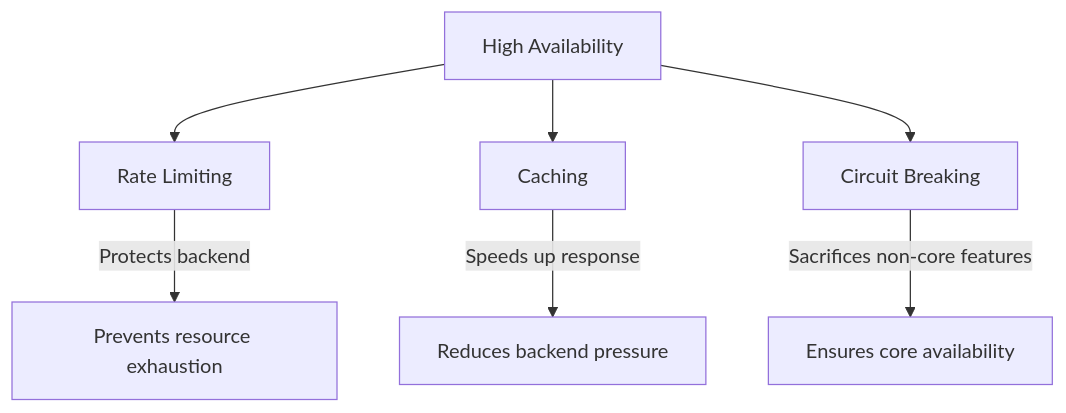
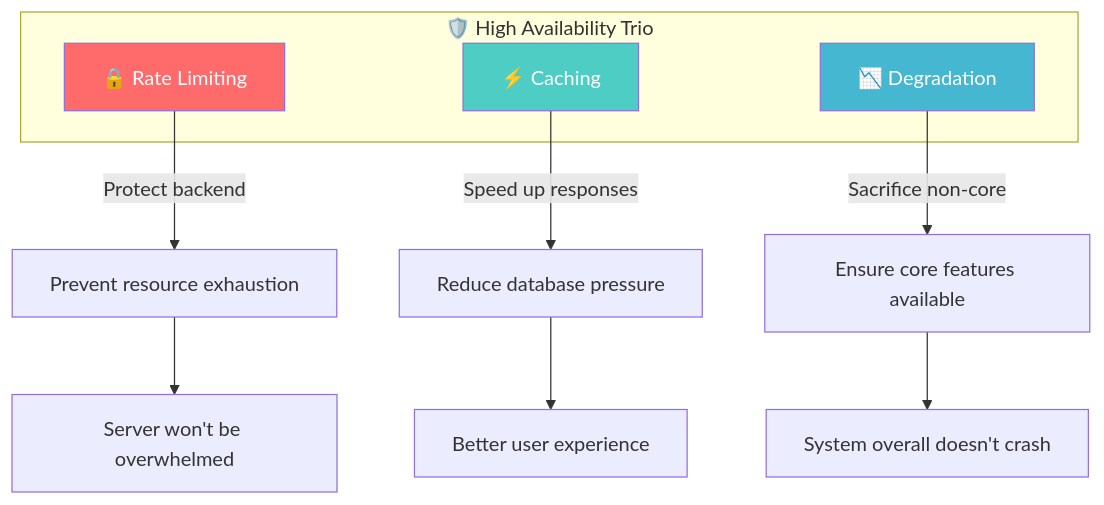
One commit to zhangshichuan/maxzhang.site changed diagram 14 of 14 in articles/en/nodejs-security-guide.mdx. Above: the diagram before and after it, drawn with Mermaid. The commit also changed other lines of this file and 1 other file, not shown here.

Commit message:
docs: nodejs-security-guide

````diff
--- a/articles/en/nodejs-security-guide.mdx
+++ b/articles/en/nodejs-security-guide.mdx
@@ -363,10 +1319,21 @@
 ```mermaid
 flowchart TD
-    A[High Availability] --> B[Rate Limiting]
-    A --> C[Caching]
-    A --> D[Circuit Breaking]
+    subgraph SecurityTrio["🛡️ High Availability Trio"]
+        A[🔒 Rate Limiting]
+        B[⚡ Caching]
+        C[📉 Degradation]
+    end
 
-    B --> |Protects backend| E[Prevents resource exhaustion]
-    C --> |Speeds up response| F[Reduces backend pressure]
-    D --> |Sacrifices non-core features| G[Ensures core availability]
+    A -->|"Protect backend"| A1["Prevent resource exhaustion"]
+    A1 --> A2["Server won't be overwhelmed"]
+
+    B -->|"Speed up responses"| B1["Reduce database pressure"]
+    B1 --> B2["Better user experience"]
+
+    C -->|"Sacrifice non-core"| C1["Ensure core features available"]
+    C1 --> C2["System overall doesn't crash"]
+
+    style A fill:#ff6b6b,color:#fff
+    style B fill:#4ecdc4,color:#fff
+    style C fill:#45b7d1,color:#fff
 ```
````
